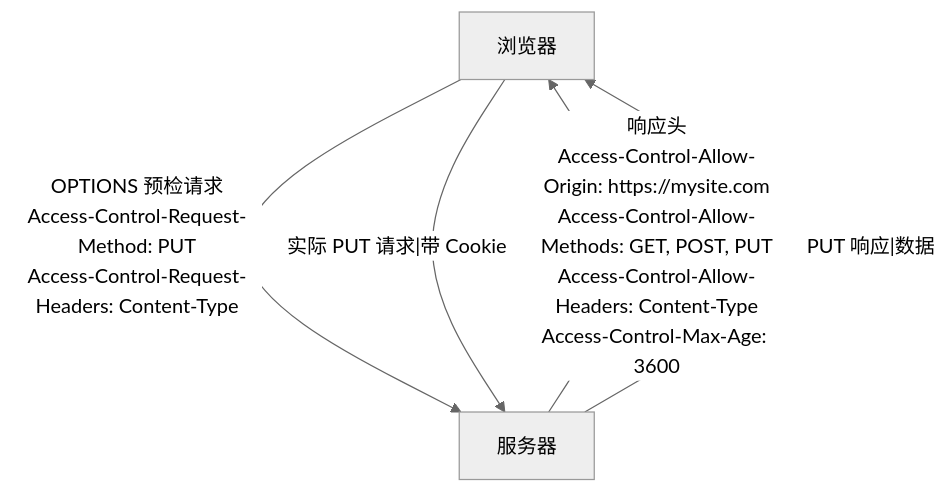
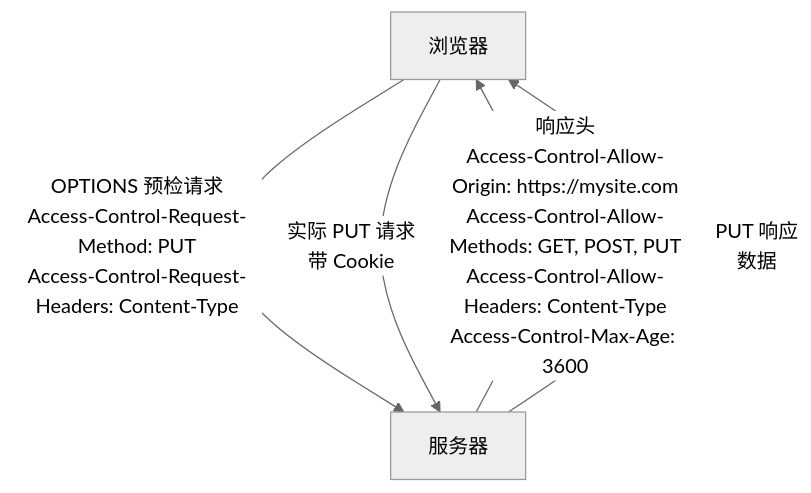
One commit to before80/prgms changed diagram 17 of 31 in content/Js/basic/Chapter-38-web-security.md. Above: the diagram before and after it, drawn with Mermaid (neutral theme). The commit also changed other lines of this file and 1645 other files, not shown here.

````diff
--- a/content/Js/basic/Chapter-38-web-security.md
+++ b/content/Js/basic/Chapter-38-web-security.md
@@ -1506,7 +1506,7 @@
 ```mermaid
 graph TD
     A["浏览器"] -->|"OPTIONS 预检请求<br/>Access-Control-Request-Method: PUT<br/>Access-Control-Request-Headers: Content-Type"| B["服务器"]
     B -->|"响应头<br/>Access-Control-Allow-Origin: https://mysite.com<br/>Access-Control-Allow-Methods: GET, POST, PUT<br/>Access-Control-Allow-Headers: Content-Type<br/>Access-Control-Max-Age: 3600"| A
-    A -->|"实际 PUT 请求|带 Cookie"| B
-    B -->|"PUT 响应|数据"| A
+    A -->|"实际 PUT 请求<br/>带 Cookie"| B
+    B -->|"PUT 响应<br/>数据"| A
 ```
````
